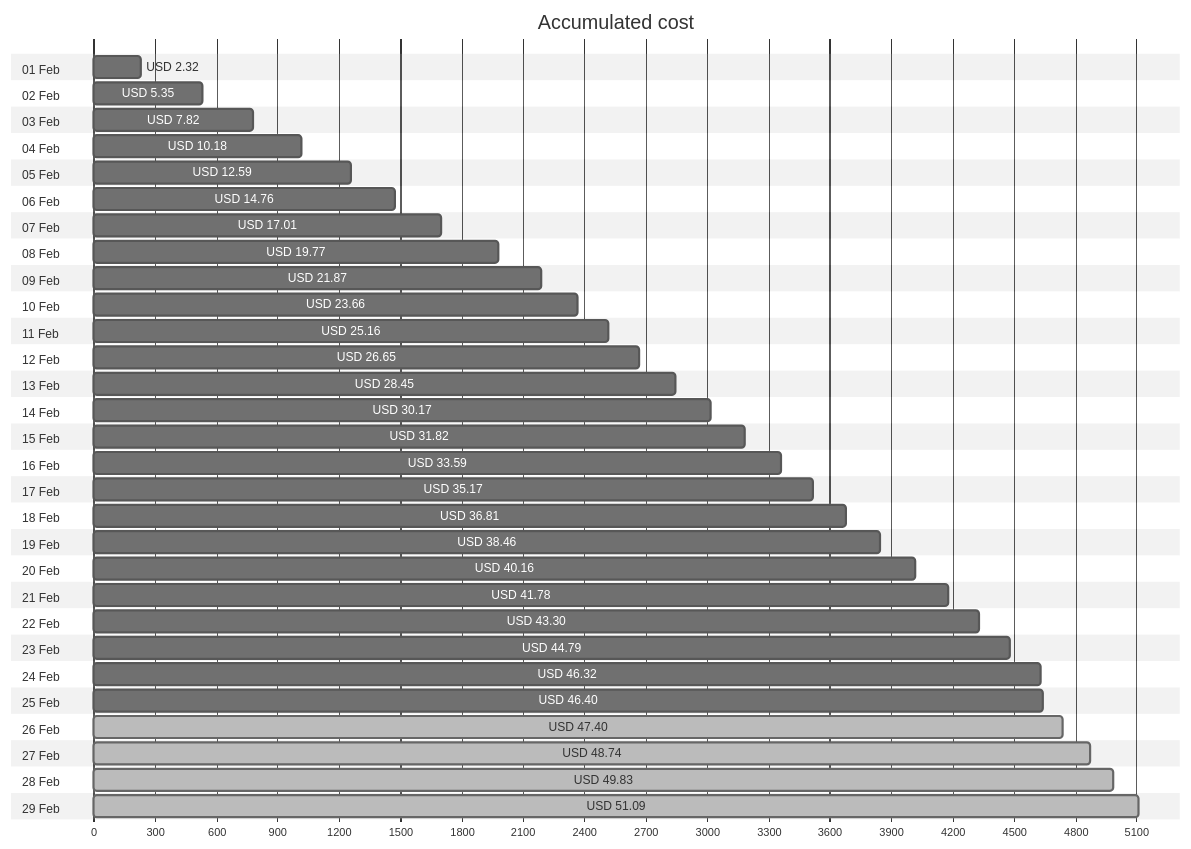
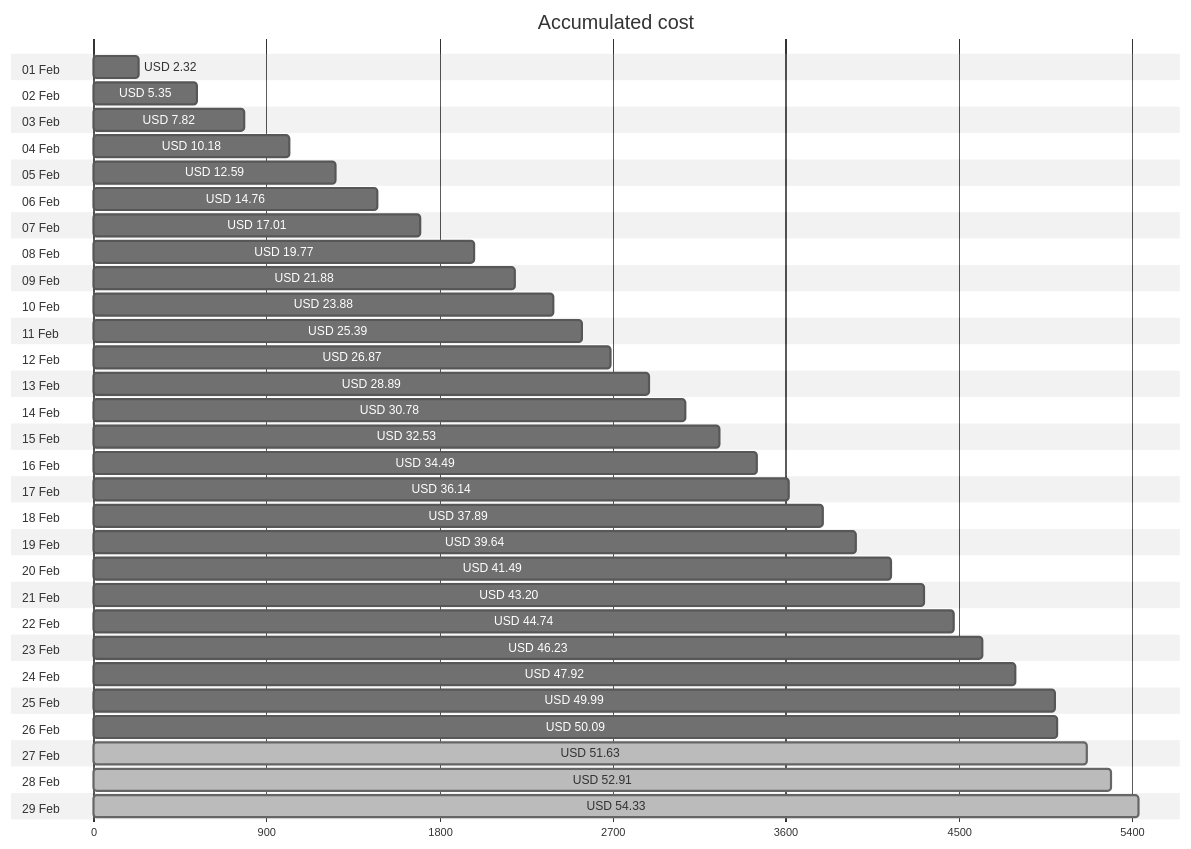
One commit to jpfulton/azure-personal-reports changed the first of 4 diagrams in cost-reports/personal-network/README.md. Above: the diagram before and after it, drawn with Mermaid (neutral theme). The commit also changed other lines of this file and 8 other files, not shown here.

````diff
--- a/cost-reports/personal-network/README.md
+++ b/cost-reports/personal-network/README.md
@@ -20,64 +20,64 @@
 ```mermaid
 gantt
    title Accumulated cost
    dateFormat  X
    axisFormat %s
    section 01 Feb
    USD 2.32 :0, 232
    section 02 Feb
    USD 5.35 :0, 535
    section 03 Feb
    USD 7.82 :0, 782
    section 04 Feb
    USD 10.18 :0, 1018
    section 05 Feb
    USD 12.59 :0, 1259
    section 06 Feb
    USD 14.76 :0, 1476
    section 07 Feb
    USD 17.01 :0, 1701
    section 08 Feb
    USD 19.77 :0, 1977
    section 09 Feb
-   USD 21.87 :0, 2187
+   USD 21.88 :0, 2188
    section 10 Feb
-   USD 23.66 :0, 2366
+   USD 23.88 :0, 2388
    section 11 Feb
-   USD 25.16 :0, 2516
+   USD 25.39 :0, 2539
    section 12 Feb
-   USD 26.65 :0, 2665
+   USD 26.87 :0, 2687
    section 13 Feb
-   USD 28.45 :0, 2845
+   USD 28.89 :0, 2889
    section 14 Feb
-   USD 30.17 :0, 3017
+   USD 30.78 :0, 3078
    section 15 Feb
-   USD 31.82 :0, 3182
+   USD 32.53 :0, 3253
    section 16 Feb
-   USD 33.59 :0, 3359
+   USD 34.49 :0, 3449
    section 17 Feb
-   USD 35.17 :0, 3517
+   USD 36.14 :0, 3614
    section 18 Feb
-   USD 36.81 :0, 3681
+   USD 37.89 :0, 3789
    section 19 Feb
-   USD 38.46 :0, 3846
+   USD 39.64 :0, 3964
    section 20 Feb
-   USD 40.16 :0, 4016
+   USD 41.49 :0, 4149
    section 21 Feb
-   USD 41.78 :0, 4178
+   USD 43.20 :0, 4320
    section 22 Feb
-   USD 43.30 :0, 4330
+   USD 44.74 :0, 4474
    section 23 Feb
-   USD 44.79 :0, 4479
+   USD 46.23 :0, 4623
    section 24 Feb
-   USD 46.32 :0, 4632
+   USD 47.92 :0, 4792
    section 25 Feb
-   USD 46.40 :0, 4640
+   USD 49.99 :0, 4999
    section 26 Feb
-   USD 47.40 : done, 0, 4740
+   USD 50.09 :0, 5009
    section 27 Feb
-   USD 48.74 : done, 0, 4874
+   USD 51.63 : done, 0, 5163
    section 28 Feb
-   USD 49.83 : done, 0, 4983
+   USD 52.91 : done, 0, 5291
    section 29 Feb
-   USD 51.09 : done, 0, 5109
+   USD 54.33 : done, 0, 5433
 ```
````
